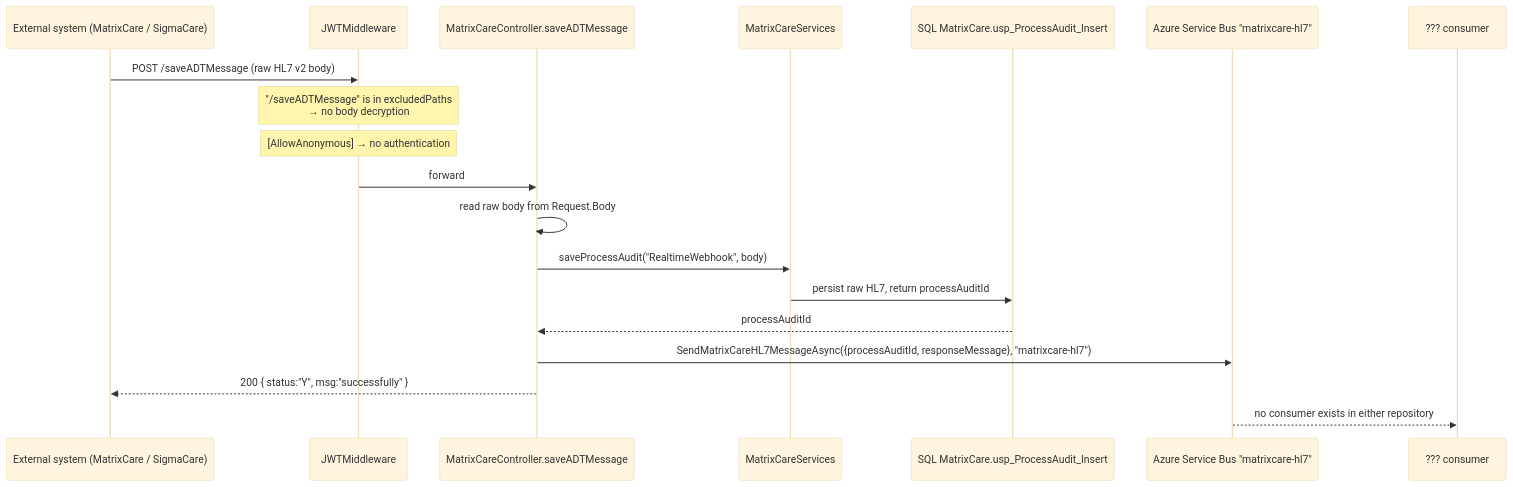
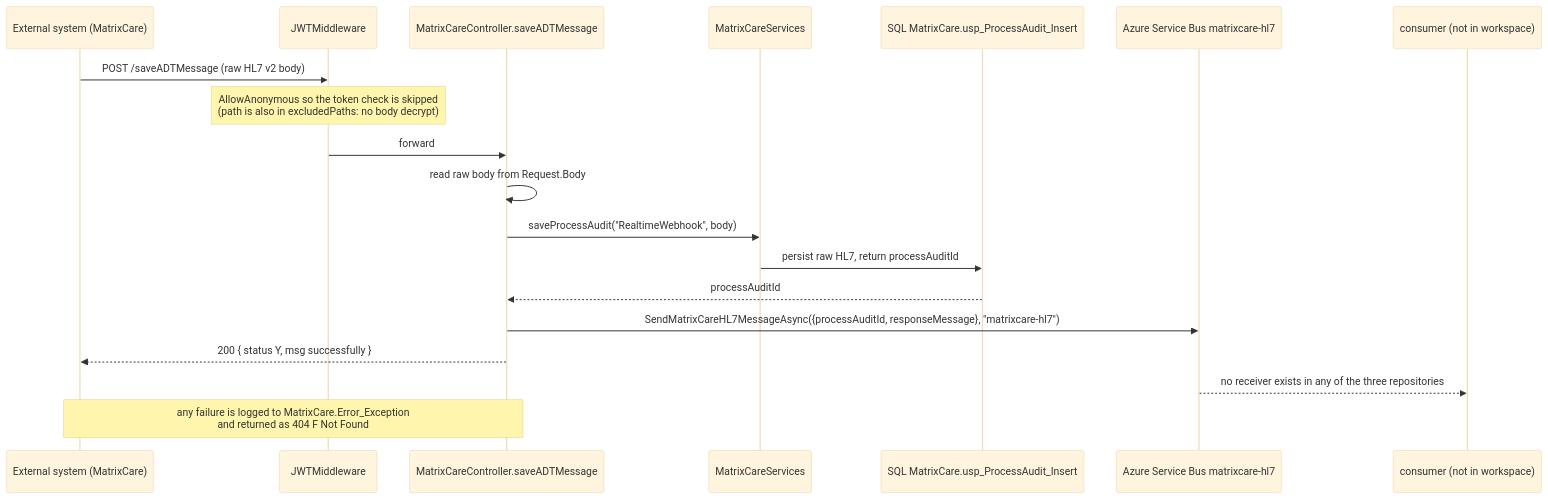
One commit to hemsingh-3PG/sai-systems-AIRE changed the first of 4 diagrams in docs/architecture/current/06-hl7-adt-ingestion-deep-dive.md. Above: the diagram before and after it, drawn with Mermaid (base theme). The commit also changed other lines of this file and 285 other files, not shown here.

````diff
--- a/docs/architecture/current/06-hl7-adt-ingestion-deep-dive.md
+++ b/docs/architecture/current/06-hl7-adt-ingestion-deep-dive.md
@@ -66,22 +95,22 @@
 ```mermaid
 sequenceDiagram
-  participant EXT as External system (MatrixCare / SigmaCare)
+  participant EXT as External system (MatrixCare)
   participant MW as JWTMiddleware
   participant CT as MatrixCareController.saveADTMessage
   participant SVC as MatrixCareServices
   participant DB as SQL MatrixCare.usp_ProcessAudit_Insert
-  participant SB as Azure Service Bus "matrixcare-hl7"
-  participant ZZZ as ??? consumer
+  participant SB as Azure Service Bus matrixcare-hl7
+  participant ZZZ as consumer (not in workspace)
 
   EXT->>MW: POST /saveADTMessage (raw HL7 v2 body)
-  Note over MW: "/saveADTMessage" is in excludedPaths<br/>→ no body decryption
-  Note over MW: [AllowAnonymous] → no authentication
+  Note over MW: AllowAnonymous so the token check is skipped<br/>(path is also in excludedPaths: no body decrypt)
   MW->>CT: forward
   CT->>CT: read raw body from Request.Body
   CT->>SVC: saveProcessAudit("RealtimeWebhook", body)
   SVC->>DB: persist raw HL7, return processAuditId
   DB-->>CT: processAuditId
   CT->>SB: SendMatrixCareHL7MessageAsync({processAuditId, responseMessage}, "matrixcare-hl7")
-  CT-->>EXT: 200 { status:"Y", msg:"successfully" }
-  SB-->>ZZZ: no consumer exists in either repository
+  CT-->>EXT: 200 { status Y, msg successfully }
+  SB-->>ZZZ: no receiver exists in any of the three repositories
+  Note over CT,EXT: any failure is logged to MatrixCare.Error_Exception<br/>and returned as 404 F Not Found
 ```
````
